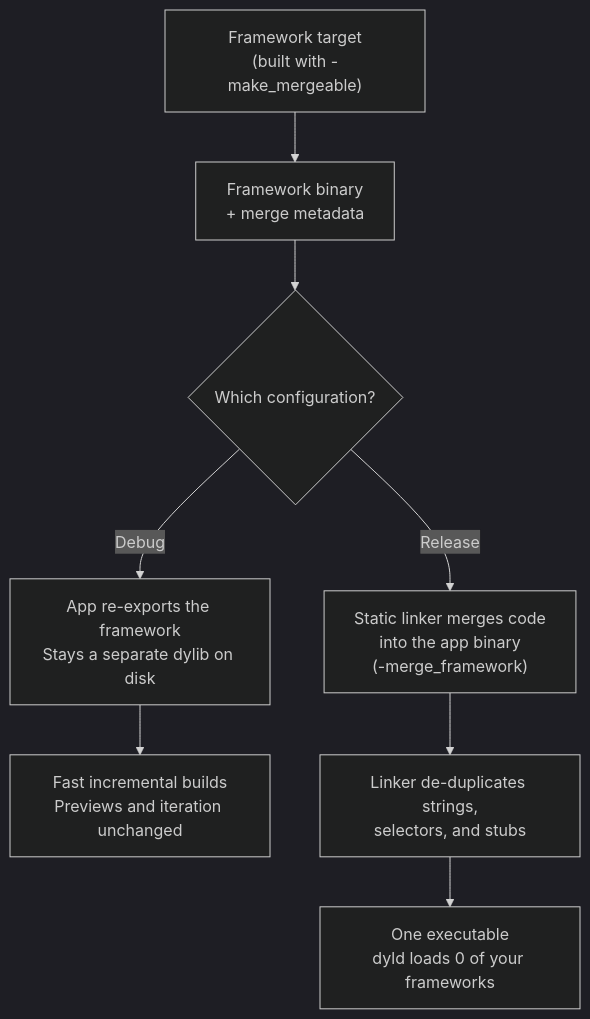
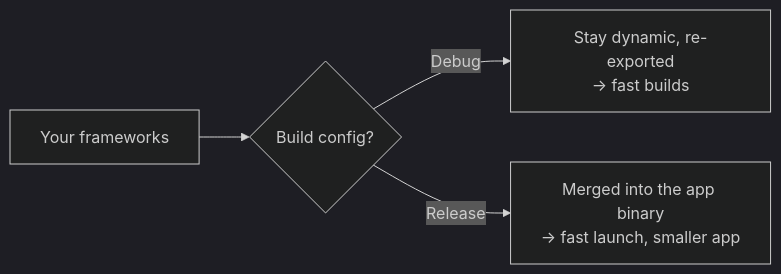
The second of 2 diagrams in docs/mergeable-libraries-blog.md (Hitarthbhatt/mergeable-libraries-demo), drawn with Mermaid (dark theme) before and after one commit. The commit also changed other lines of this file, not shown here.

````diff
--- a/docs/mergeable-libraries-blog.md
+++ b/docs/mergeable-libraries-blog.md
@@ -199,10 +122,6 @@
 ```mermaid
-flowchart TD
-    A["Framework target<br/>(built with -make_mergeable)"] --> B["Framework binary<br/>+ merge metadata"]
-    B --> C{"Which configuration?"}
-    C -->|Debug| D["App re-exports the framework<br/>Stays a separate dylib on disk"]
-    D --> E["Fast incremental builds<br/>Previews and iteration unchanged"]
-    C -->|Release| F["Static linker merges code<br/>into the app binary<br/>(-merge_framework)"]
-    F --> G["Linker de-duplicates strings,<br/>selectors, and stubs"]
-    G --> H["One executable<br/>dyld loads 0 of your frameworks"]
+flowchart LR
+    F["Your frameworks"] --> C{"Build config?"}
+    C -->|Debug| D["Stay dynamic, re-exported<br/>→ fast builds"]
+    C -->|Release| R["Merged into the app binary<br/>→ fast launch, smaller app"]
 ```
````
